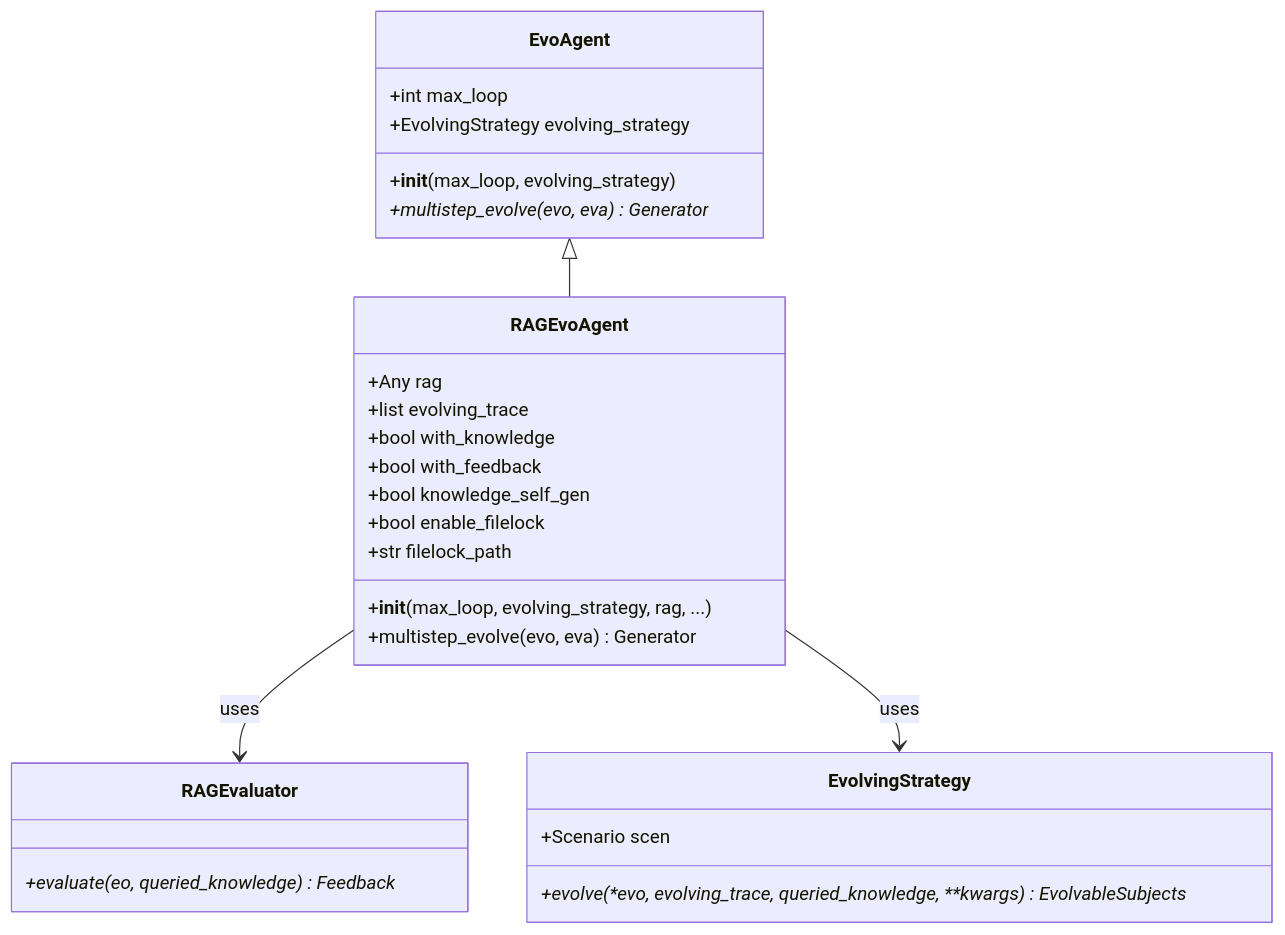
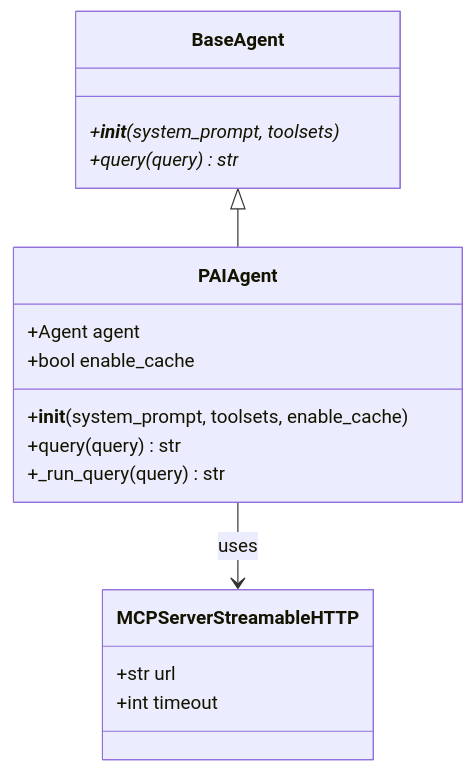
The second of 10 diagrams in .qoder/repowiki/zh/content/核心概念/演化代理/代理架构.md (afanty2021/RD-Agent), drawn with Mermaid before and after one commit. The commit also changed other lines of this file and 5 other files, not shown here.

````diff
--- a/.qoder/repowiki/zh/content/核心概念/演化代理/代理架构.md
+++ b/.qoder/repowiki/zh/content/核心概念/演化代理/代理架构.md
@@ -75,30 +72,20 @@
 ```mermaid
 classDiagram
-class EvoAgent {
-+int max_loop
-+EvolvingStrategy evolving_strategy
-+__init__(max_loop, evolving_strategy)
-+multistep_evolve(evo, eva)* Generator
+class BaseAgent {
++__init__(system_prompt, toolsets)*
++query(query)* str
 }
-class RAGEvoAgent {
-+Any rag
-+list evolving_trace
-+bool with_knowledge
-+bool with_feedback
-+bool knowledge_self_gen
-+bool enable_filelock
-+str filelock_path
-+__init__(max_loop, evolving_strategy, rag, ...)
-+multistep_evolve(evo, eva) Generator
+class PAIAgent {
++Agent agent
++bool enable_cache
++__init__(system_prompt, toolsets, enable_cache)
++query(query) str
++_run_query(query) str
 }
-class RAGEvaluator {
-+evaluate(eo, queried_knowledge)* Feedback
+class MCPServerStreamableHTTP {
++str url
++int timeout
 }
-class EvolvingStrategy {
-+Scenario scen
-+evolve(*evo, evolving_trace, queried_knowledge, **kwargs)* EvolvableSubjects
-}
-EvoAgent <|-- RAGEvoAgent
-RAGEvoAgent --> RAGEvaluator : uses
-RAGEvoAgent --> EvolvingStrategy : uses
+BaseAgent <|-- PAIAgent
+PAIAgent --> MCPServerStreamableHTTP : uses
 ```
````
